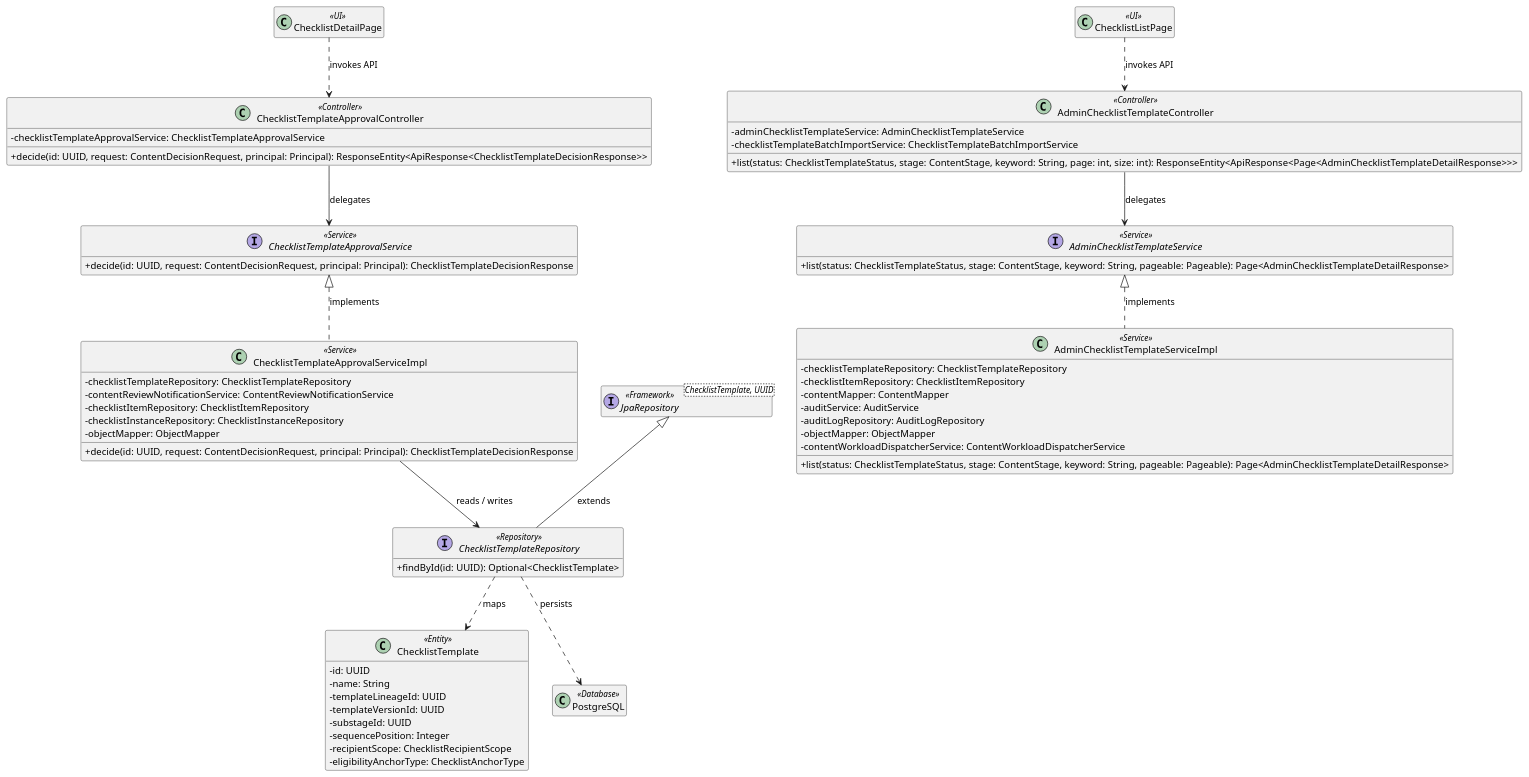
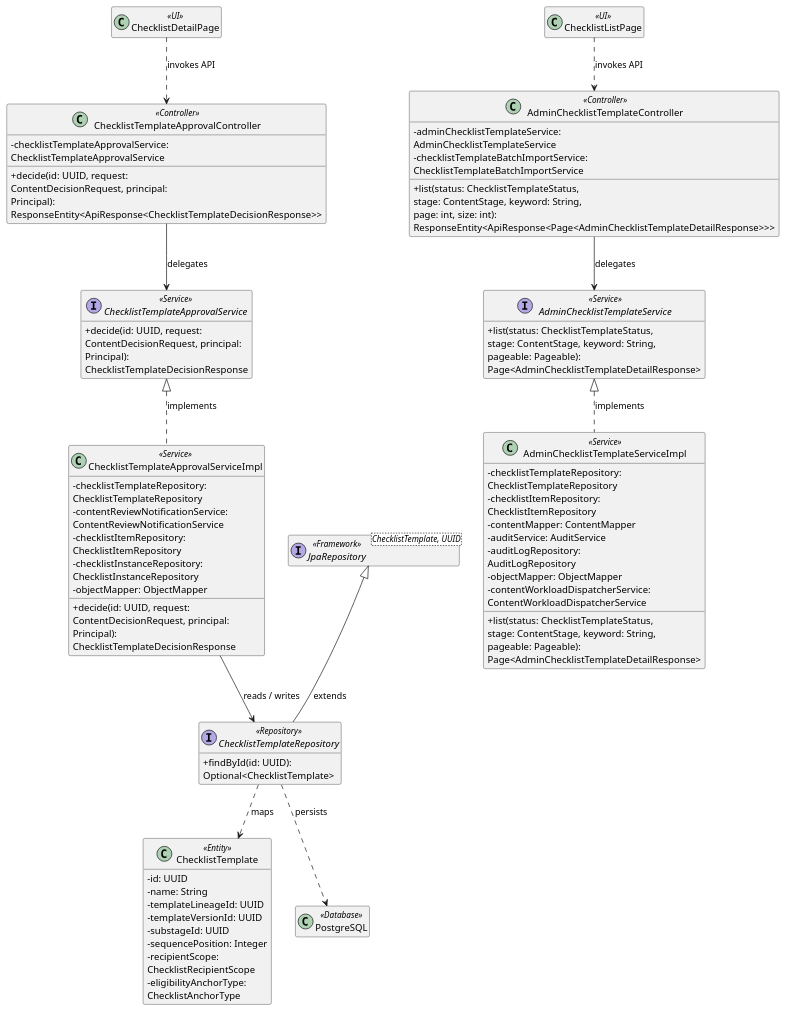
One commit to ChuongBDHE172784/CareBridge_SEP490_G79 changed the first of 3 diagrams in 03_Design/Detailed_Design/MF09_Content_Hub/03_Checklist_Template_Versioning_and_Runtime_Distribution.md. Above: the diagram before and after it, drawn with PlantUML. The commit also changed 61 other files, not shown here.

Commit message:
docs: update detailed design documentation and class diagrams across all project modules

````diff
--- a/03_Design/Detailed_Design/MF09_Content_Hub/03_Checklist_Template_Versioning_and_Runtime_Distribution.md
+++ b/03_Design/Detailed_Design/MF09_Content_Hub/03_Checklist_Template_Versioning_and_Runtime_Distribution.md
@@ -43,67 +43,68 @@
 ```plantuml
 @startuml ClassDiagram_03ChecklistTemplateVersioningandRuntimeDistribution
 skinparam classAttributeIconSize 0
+skinparam wrapWidth 250
 hide empty members
 
 class "ChecklistDetailPage" as UIChecklistDetailPage <<UI>>
 class "ChecklistListPage" as UIChecklistListPage <<UI>>
 class "AdminChecklistTemplateController" as ControllerAdminChecklistTemplateController <<Controller>> {
   - adminChecklistTemplateService: AdminChecklistTemplateService
   - checklistTemplateBatchImportService: ChecklistTemplateBatchImportService
   + list(status: ChecklistTemplateStatus, stage: ContentStage, keyword: String, page: int, size: int): ResponseEntity<ApiResponse<Page<AdminChecklistTemplateDetailResponse>>>
 }
 class "ChecklistTemplateApprovalController" as ControllerChecklistTemplateApprovalController <<Controller>> {
   - checklistTemplateApprovalService: ChecklistTemplateApprovalService
   + decide(id: UUID, request: ContentDecisionRequest, principal: Principal): ResponseEntity<ApiResponse<ChecklistTemplateDecisionResponse>>
 }
 interface "AdminChecklistTemplateService" as ServiceContractAdminChecklistTemplateService <<Service>> {
   + list(status: ChecklistTemplateStatus, stage: ContentStage, keyword: String, pageable: Pageable): Page<AdminChecklistTemplateDetailResponse>
 }
 class "AdminChecklistTemplateServiceImpl" as ServiceAdminChecklistTemplateServiceImpl <<Service>> {
   - checklistTemplateRepository: ChecklistTemplateRepository
   - checklistItemRepository: ChecklistItemRepository
   - contentMapper: ContentMapper
   - auditService: AuditService
   - auditLogRepository: AuditLogRepository
   - objectMapper: ObjectMapper
   - contentWorkloadDispatcherService: ContentWorkloadDispatcherService
   + list(status: ChecklistTemplateStatus, stage: ContentStage, keyword: String, pageable: Pageable): Page<AdminChecklistTemplateDetailResponse>
 }
 ServiceContractAdminChecklistTemplateService <|.. ServiceAdminChecklistTemplateServiceImpl : implements
 interface "ChecklistTemplateApprovalService" as ServiceContractChecklistTemplateApprovalService <<Service>> {
   + decide(id: UUID, request: ContentDecisionRequest, principal: Principal): ChecklistTemplateDecisionResponse
 }
 class "ChecklistTemplateApprovalServiceImpl" as ServiceChecklistTemplateApprovalServiceImpl <<Service>> {
   - checklistTemplateRepository: ChecklistTemplateRepository
   - contentReviewNotificationService: ContentReviewNotificationService
   - checklistItemRepository: ChecklistItemRepository
   - checklistInstanceRepository: ChecklistInstanceRepository
   - objectMapper: ObjectMapper
   + decide(id: UUID, request: ContentDecisionRequest, principal: Principal): ChecklistTemplateDecisionResponse
 }
 ServiceContractChecklistTemplateApprovalService <|.. ServiceChecklistTemplateApprovalServiceImpl : implements
 interface "ChecklistTemplateRepository" as RepositoryChecklistTemplateRepository <<Repository>> {
   + findById(id: UUID): Optional<ChecklistTemplate>
 }
 class "ChecklistTemplate" as EntityChecklistTemplate <<Entity>> {
   - id: UUID
   - name: String
   - templateLineageId: UUID
   - templateVersionId: UUID
   - substageId: UUID
   - sequencePosition: Integer
   - recipientScope: ChecklistRecipientScope
   - eligibilityAnchorType: ChecklistAnchorType
 }
 interface "JpaRepository<ChecklistTemplate, UUID>" as RepositoryBaseChecklistTemplateRepository <<Framework>>
 RepositoryBaseChecklistTemplateRepository <|-- RepositoryChecklistTemplateRepository : extends
 class "PostgreSQL" as DB <<Database>>
 UIChecklistDetailPage ..> ControllerChecklistTemplateApprovalController : invokes API
 UIChecklistListPage ..> ControllerAdminChecklistTemplateController : invokes API
 ControllerAdminChecklistTemplateController --> ServiceContractAdminChecklistTemplateService : delegates
 ControllerChecklistTemplateApprovalController --> ServiceContractChecklistTemplateApprovalService : delegates
 ServiceChecklistTemplateApprovalServiceImpl --> RepositoryChecklistTemplateRepository : reads / writes
 RepositoryChecklistTemplateRepository ..> EntityChecklistTemplate : maps
 RepositoryChecklistTemplateRepository ..> DB : persists
 @enduml
 ```
````
